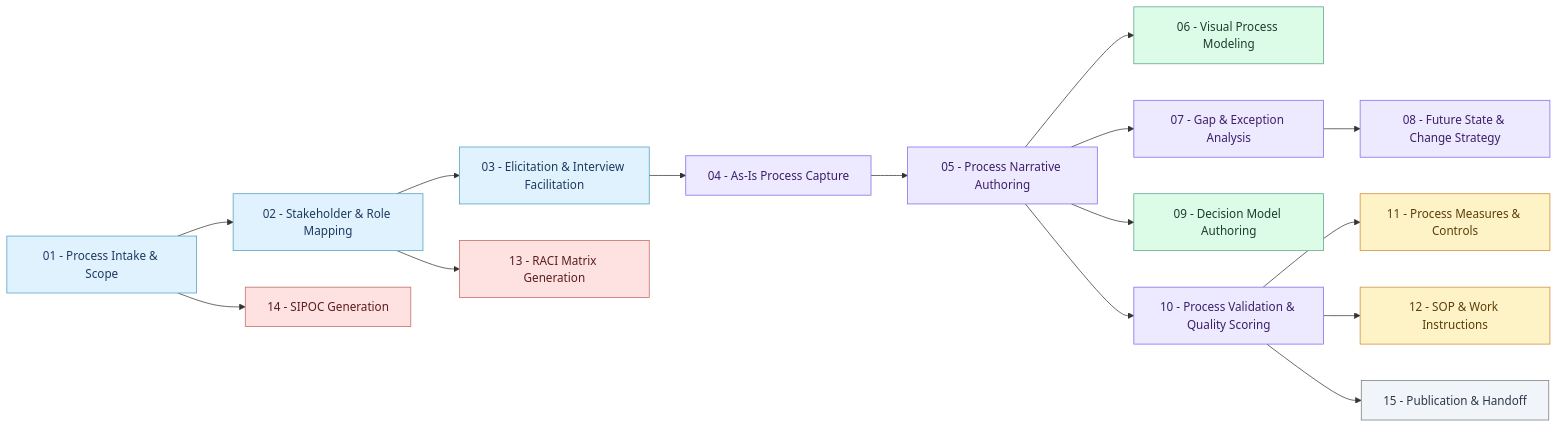
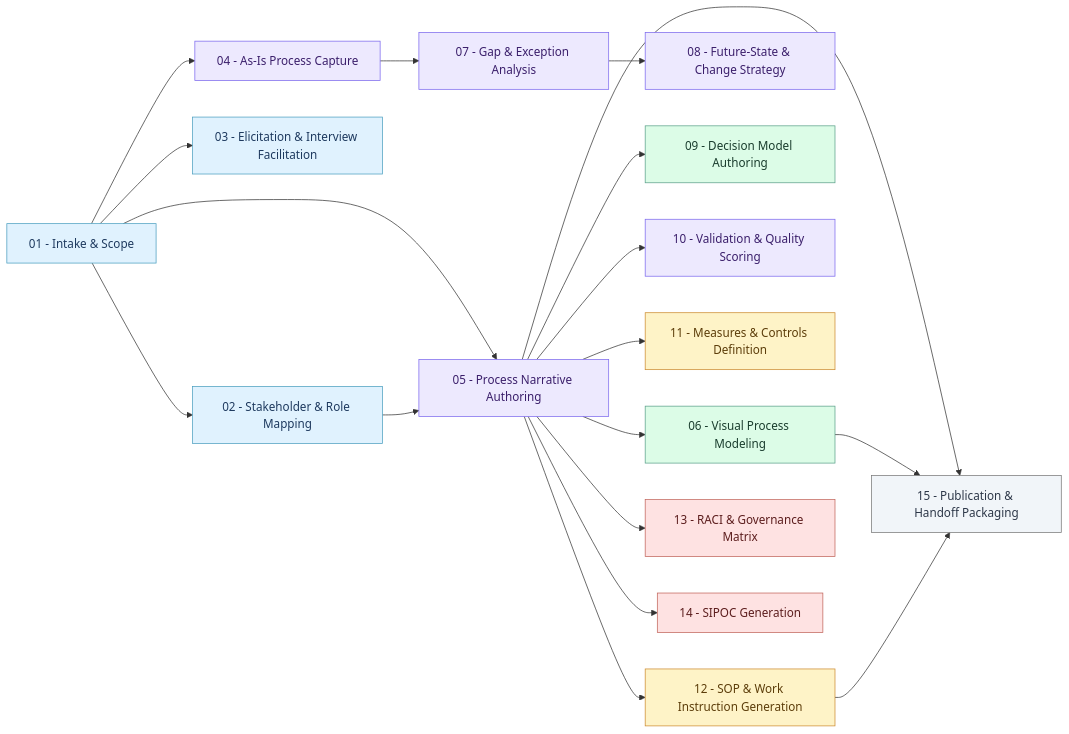
Before and after one commit to OKHP3/mermaid-diagram-bpmn: the diagram in artifacts/mermaid-diagram-bpmn/public/skill-dependency-flow.md, drawn with Mermaid. The commit also changed other lines of this file and 4 other files, not shown here.

First line of the commit message:
Task #19: Skill dependency flow diagram — SKILL.md as single source of truth

````diff
--- a/artifacts/mermaid-diagram-bpmn/public/skill-dependency-flow.md
+++ b/artifacts/mermaid-diagram-bpmn/public/skill-dependency-flow.md
@@ -8,40 +9,43 @@
 ```mermaid
 flowchart LR
   classDef discovery fill:#e0f2fe,stroke:#4A9EBF,color:#1e3a5f
   classDef narrative fill:#ede9fe,stroke:#7B68EE,color:#3b1f6b
   classDef visual fill:#dcfce7,stroke:#5BA08A,color:#1a3d2e
   classDef operational fill:#fef3c7,stroke:#CC8B30,color:#5c3d0a
   classDef governance fill:#fee2e2,stroke:#C0645A,color:#5c1d1d
   classDef publication fill:#f1f5f9,stroke:#777777,color:#2d3748
 
-  process_intake_and_scope["01 - Process Intake & Scope"]:::discovery
+  process_intake_and_scope["01 - Intake & Scope"]:::discovery
   stakeholder_and_role_mapping["02 - Stakeholder & Role Mapping"]:::discovery
   elicitation_and_interview_facilitation["03 - Elicitation & Interview Facilitation"]:::discovery
   as_is_process_capture["04 - As-Is Process Capture"]:::narrative
   process_narrative_authoring["05 - Process Narrative Authoring"]:::narrative
   visual_process_modeling["06 - Visual Process Modeling"]:::visual
   process_gap_and_exception_analysis["07 - Gap & Exception Analysis"]:::narrative
-  future_state_and_change_strategy["08 - Future State & Change Strategy"]:::narrative
+  future_state_and_change_strategy["08 - Future-State & Change Strategy"]:::narrative
   decision_model_authoring["09 - Decision Model Authoring"]:::visual
-  process_validation_and_quality_scoring["10 - Process Validation & Quality Scoring"]:::narrative
-  process_measures_and_controls_definition["11 - Process Measures & Controls"]:::operational
-  sop_and_work_instruction_generation["12 - SOP & Work Instructions"]:::operational
-  raci_and_governance_matrix_generation["13 - RACI Matrix Generation"]:::governance
+  process_validation_and_quality_scoring["10 - Validation & Quality Scoring"]:::narrative
+  process_measures_and_controls_definition["11 - Measures & Controls Definition"]:::operational
+  sop_and_work_instruction_generation["12 - SOP & Work Instruction Generation"]:::operational
+  raci_and_governance_matrix_generation["13 - RACI & Governance Matrix"]:::governance
   sipoc_generation["14 - SIPOC Generation"]:::governance
-  publication_and_handoff_packaging["15 - Publication & Handoff"]:::publication
+  publication_and_handoff_packaging["15 - Publication & Handoff Packaging"]:::publication
 
   process_intake_and_scope --> stakeholder_and_role_mapping
-  process_intake_and_scope --> sipoc_generation
-  stakeholder_and_role_mapping --> elicitation_and_interview_facilitation
-  stakeholder_and_role_mapping --> raci_and_governance_matrix_generation
-  elicitation_and_interview_facilitation --> as_is_process_capture
-  as_is_process_capture --> process_narrative_authoring
+  process_intake_and_scope --> elicitation_and_interview_facilitation
+  process_intake_and_scope --> as_is_process_capture
+  process_intake_and_scope --> process_narrative_authoring
+  stakeholder_and_role_mapping --> process_narrative_authoring
+  as_is_process_capture --> process_gap_and_exception_analysis
+  process_gap_and_exception_analysis --> future_state_and_change_strategy
   process_narrative_authoring --> visual_process_modeling
-  process_narrative_authoring --> process_gap_and_exception_analysis
   process_narrative_authoring --> decision_model_authoring
   process_narrative_authoring --> process_validation_and_quality_scoring
-  process_gap_and_exception_analysis --> future_state_and_change_strategy
-  process_validation_and_quality_scoring --> process_measures_and_controls_definition
-  process_validation_and_quality_scoring --> sop_and_work_instruction_generation
-  process_validation_and_quality_scoring --> publication_and_handoff_packaging
+  process_narrative_authoring --> process_measures_and_controls_definition
+  process_narrative_authoring --> sop_and_work_instruction_generation
+  process_narrative_authoring --> raci_and_governance_matrix_generation
+  process_narrative_authoring --> sipoc_generation
+  process_narrative_authoring --> publication_and_handoff_packaging
+  visual_process_modeling --> publication_and_handoff_packaging
+  sop_and_work_instruction_generation --> publication_and_handoff_packaging
 ```
````
